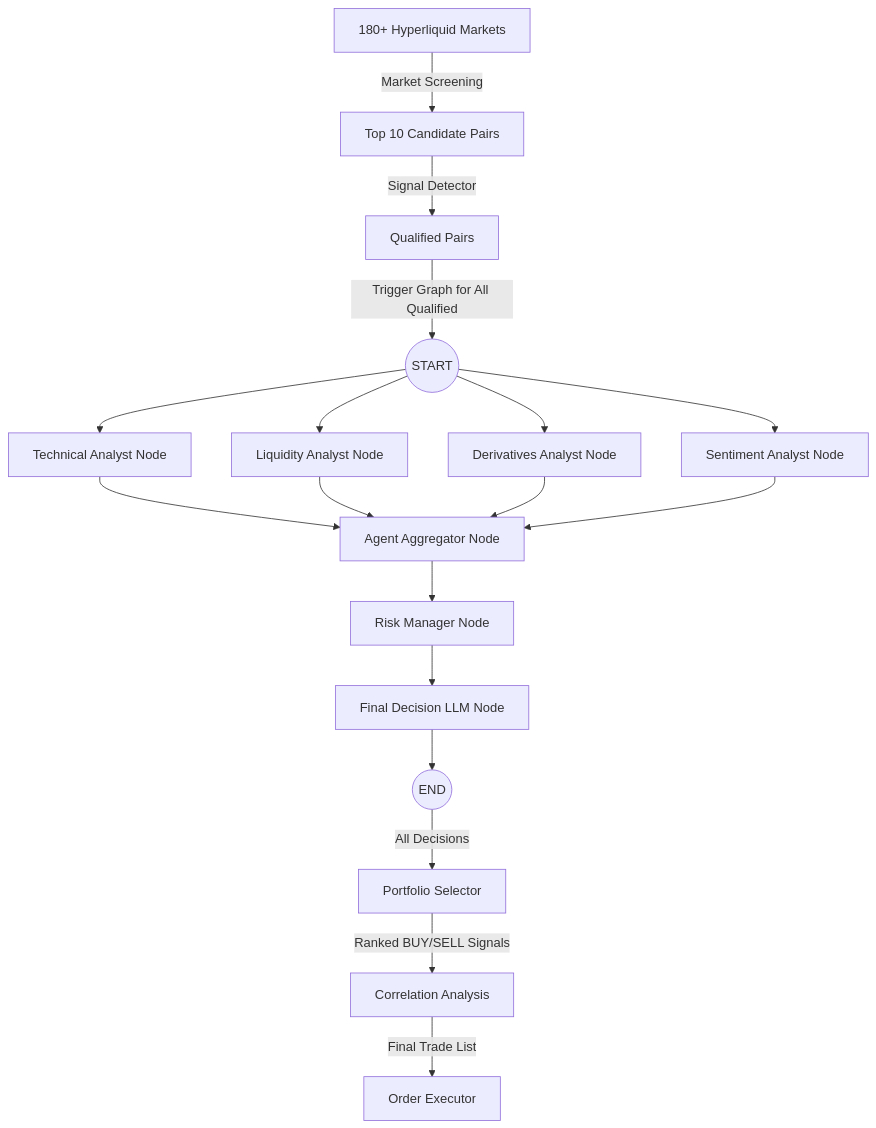
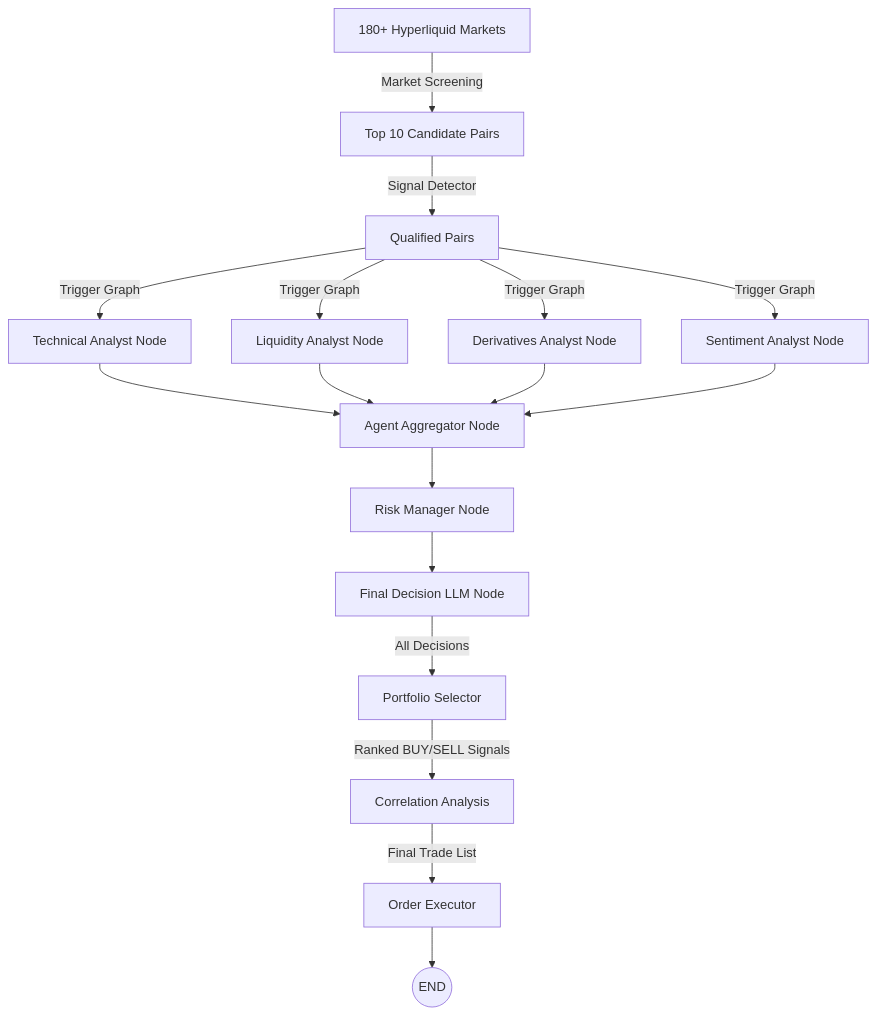
One commit to NasFahmi/dyadix changed the diagram in langgraph_workflow.md. Above: the diagram before and after it, drawn with Mermaid. The commit also changed other lines of this file and 7 other files, not shown here.

Commit message:
feat: implement LangGraph trading workflow architecture with state management and integration testing tools

````diff
--- a/langgraph_workflow.md
+++ b/langgraph_workflow.md
@@ -11,29 +11,26 @@
 ```mermaid
 graph TD
     %% Pre-processing Layer
     180_Markets[180+ Hyperliquid Markets] -->|Market Screening| Top_10[Top 10 Candidate Pairs]
     Top_10 -->|Signal Detector| Qualified[Qualified Pairs]
     
     %% LangGraph Flow (Event-Driven)
-    Qualified -->|Trigger Graph for All Qualified| START((START))
-    
-    START --> TA[Technical Analyst Node]
-    START --> LA[Liquidity Analyst Node]
-    START --> DA[Derivatives Analyst Node]
-    START --> SA[Sentiment Analyst Node]
+    Qualified -->|Trigger Graph| TA[Technical Analyst Node]
+    Qualified -->|Trigger Graph| LA[Liquidity Analyst Node]
+    Qualified -->|Trigger Graph| DA[Derivatives Analyst Node]
+    Qualified -->|Trigger Graph| SA[Sentiment Analyst Node]
     
     TA --> AGG[Agent Aggregator Node]
     LA --> AGG
     DA --> AGG
     SA --> AGG
     
     AGG --> RM[Risk Manager Node]
     RM --> FD[Final Decision LLM Node]
     
-    FD --> END((END))
-    
     %% Portfolio & Correlation Filter Layer
-    END -->|All Decisions| PS[Portfolio Selector]
+    FD -->|All Decisions| PS[Portfolio Selector]
     PS -->|Ranked BUY/SELL Signals| CA[Correlation Analysis]
     CA -->|Final Trade List| Exec[Order Executor]
+    Exec --> END((END))
 ```
````
